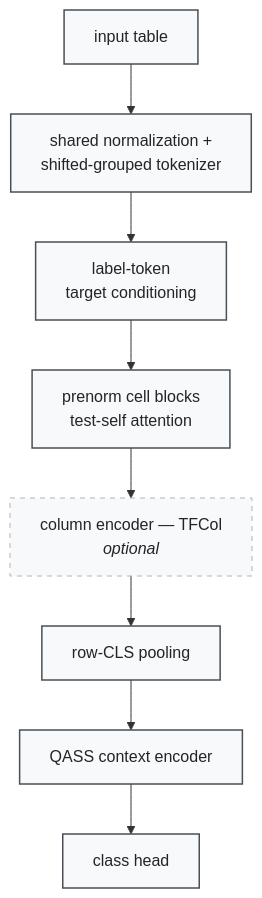
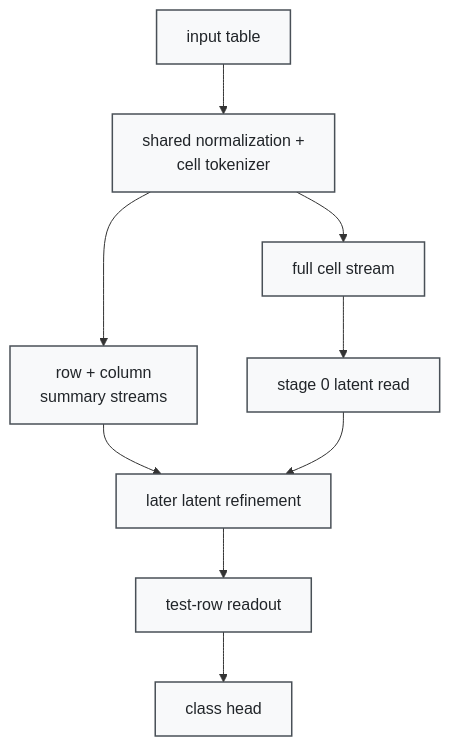
The second of 2 diagrams in README.md (bensonlee5/tab-foundry), drawn with Mermaid before and after one commit. The commit also changed other lines of this file and 17 other files, not shown here.

````diff
--- a/README.md
+++ b/README.md
@@ -143,14 +143,13 @@
 ```mermaid
 graph TD
-    A[input table] --> B[shared normalization +<br>shifted-grouped tokenizer]
-    B --> C[label-token<br>target conditioning]
-    C --> D[prenorm cell blocks<br>test-self attention]
-    D --> E[column encoder — TFCol<br><i>optional</i>]
-    E --> F[row-CLS pooling]
-    F --> G[QASS context encoder]
+    A[input table] --> B[shared normalization +<br>cell tokenizer]
+    B --> C[full cell stream]
+    B --> D[row + column<br>summary streams]
+    C --> E[stage 0 latent read]
+    D --> F[later latent refinement]
+    E --> F
+    F --> G[test-row readout]
     G --> H[class head]
 
     classDef default fill:#f8f9fa,stroke:#495057,stroke-width:1.5px,color:#212529
-    classDef optional fill:#f8f9fa,stroke:#adb5bd,stroke-width:1px,stroke-dasharray:5 5
-    class E optional
 ```
````
